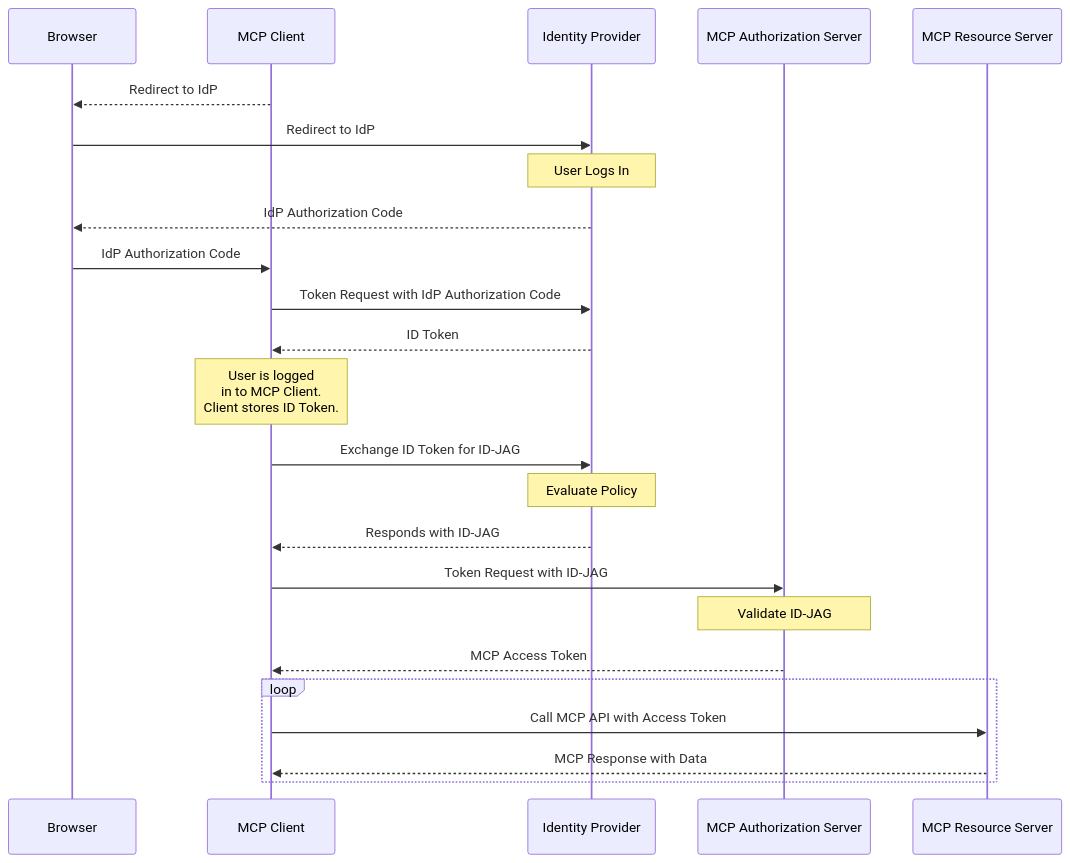
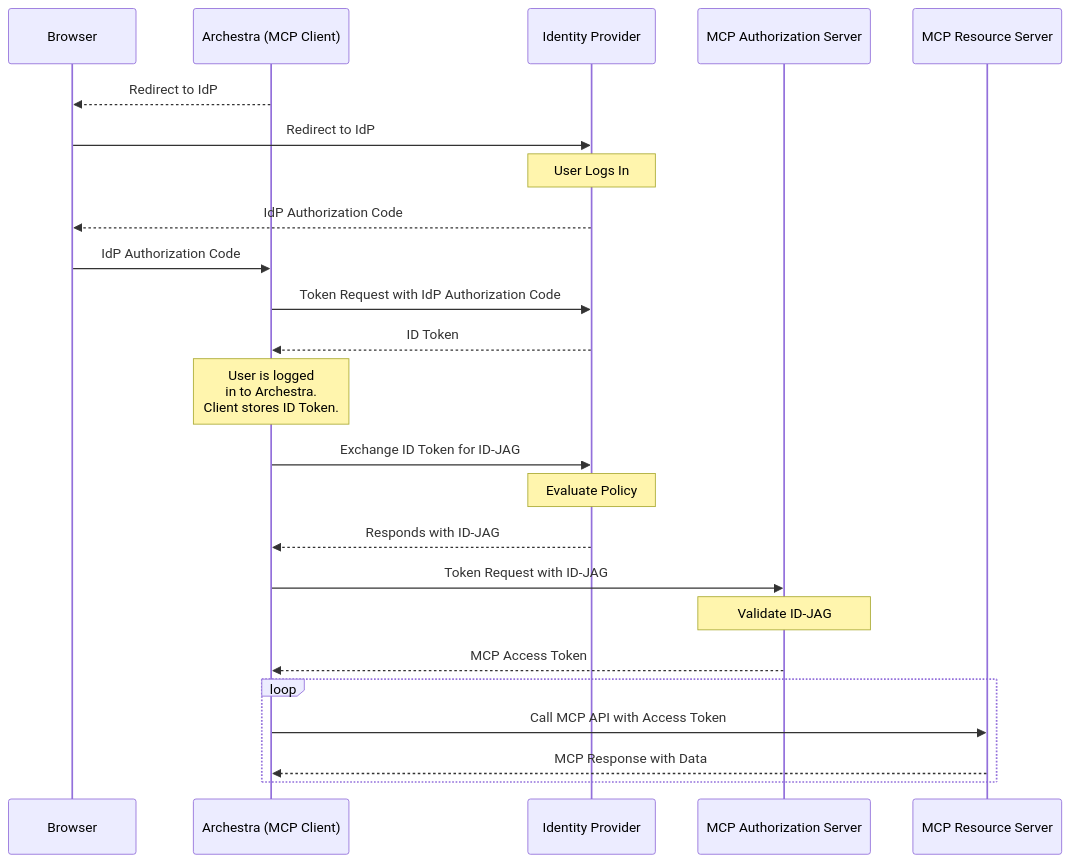
The diagram in app/app/blog/content/enterprise-managed-authorization-mcp.md (archestra-ai/website), drawn with Mermaid before and after one commit.

Commit message:
update auth diagram client label

````diff
--- a/app/app/blog/content/enterprise-managed-authorization-mcp.md
+++ b/app/app/blog/content/enterprise-managed-authorization-mcp.md
@@ -42,30 +42,30 @@
 ```mermaid
 sequenceDiagram
     participant UA as Browser
-    participant C as MCP Client
+    participant C as Archestra (MCP Client)
     participant IdP as Identity Provider
     participant MAS as MCP Authorization Server
     participant MRS as MCP Resource Server
 
     C-->>UA: Redirect to IdP
     UA->>IdP: Redirect to IdP
     Note over IdP: User Logs In
     IdP-->>UA: IdP Authorization Code
     UA->>C: IdP Authorization Code
     C->>IdP: Token Request with IdP Authorization Code
     IdP-->>C: ID Token
 
-    note over C: User is logged<br/>in to MCP Client.<br/>Client stores ID Token.
+    note over C: User is logged<br/>in to Archestra.<br/>Client stores ID Token.
 
     C->>IdP: Exchange ID Token for ID-JAG
     note over IdP: Evaluate Policy
     IdP-->>C: Responds with ID-JAG
     C->>MAS: Token Request with ID-JAG
     note over MAS: Validate ID-JAG
     MAS-->>C: MCP Access Token
 
     loop
     C->>MRS: Call MCP API with Access Token
     MRS-->>C: MCP Response with Data
     end
 ```
````
